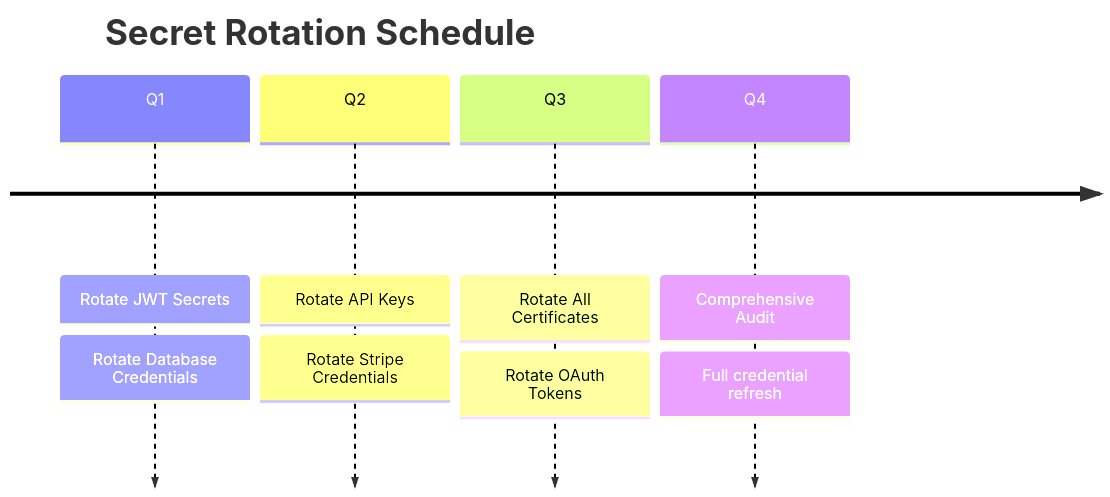
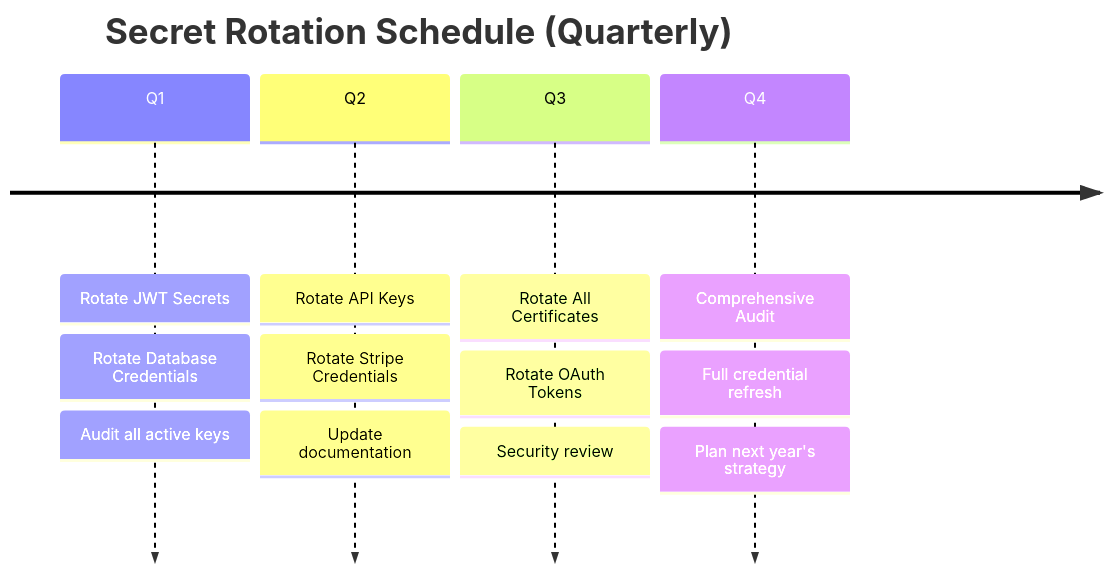
Diagram 11 of 11 in 12.Production-Grade Configuration Management/README.md (ahmed-226/Backend-from-first-principles), drawn with Mermaid before and after one commit. The commit also changed other lines of this file, not shown here.

````diff
--- a/12.Production-Grade Configuration Management/README.md
+++ b/12.Production-Grade Configuration Management/README.md
@@ -525,12 +641,16 @@
 ```mermaid
 timeline
-    title Secret Rotation Schedule
+    title Secret Rotation Schedule (Quarterly)
     Q1 : Rotate JWT Secrets
        : Rotate Database Credentials
+       : Audit all active keys
     Q2 : Rotate API Keys
        : Rotate Stripe Credentials
+       : Update documentation
     Q3 : Rotate All Certificates
        : Rotate OAuth Tokens
+       : Security review
     Q4 : Comprehensive Audit
        : Full credential refresh
+       : Plan next year's strategy
 ```
````
